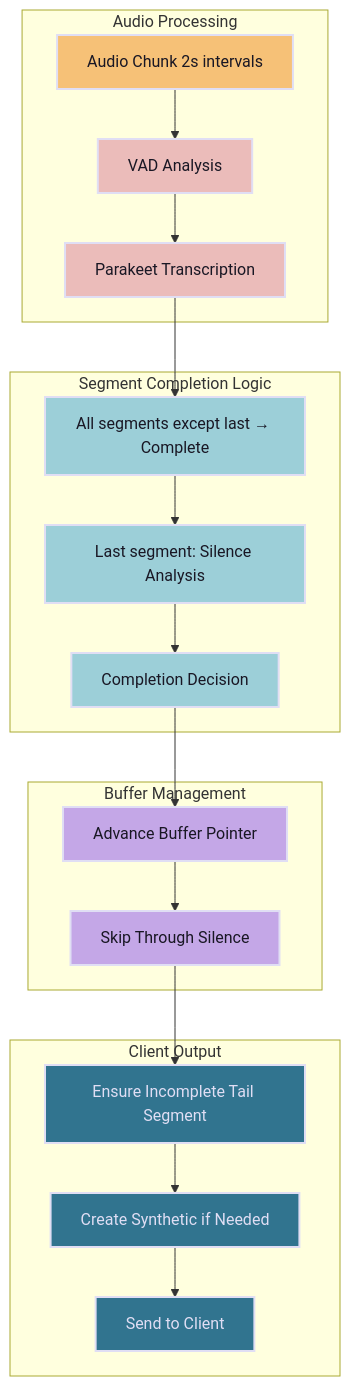
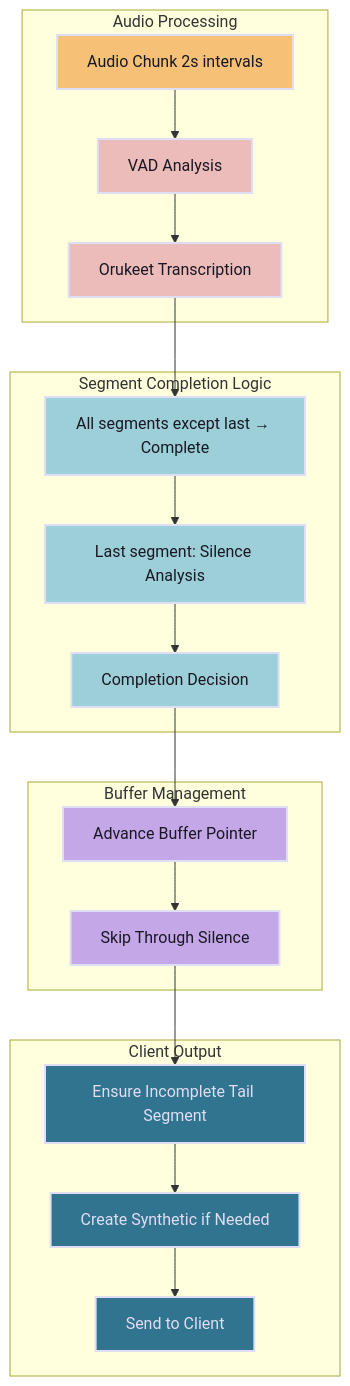
The seventh of 7 diagrams in ARCHITECTURE.md (shyndman/lmnop-eavesdrop), drawn with Mermaid before and after one commit. The commit also changed other lines of this file and 36 other files, not shown here.

First line of the commit message:
feat(server): replace Parakeet with CPU and Vulkan Orukeet

````diff
--- a/ARCHITECTURE.md
+++ b/ARCHITECTURE.md
@@ -326,49 +326,49 @@
 ```mermaid
 graph TD
     subgraph "Audio Processing"
         AudioChunk[Audio Chunk 2s intervals]
         VADAnalysis[VAD Analysis]
-        ParakeetTranscribe[Parakeet Transcription]
+        OrukeetTranscribe[Orukeet Transcription]
     end
     
     subgraph "Segment Completion Logic"  
         ExplicitRule[All segments except last → Complete]
         SilenceAnalysis[Last segment: Silence Analysis]
         CompletionDecision[Completion Decision]
     end
     
     subgraph "Buffer Management"
         BufferAdvancement[Advance Buffer Pointer]
         SilenceSkipping[Skip Through Silence]
     end
     
     subgraph "Client Output"
         InvariantCheck[Ensure Incomplete Tail Segment]
         SyntheticSegment[Create Synthetic if Needed]
         SendToClient[Send to Client]
     end
     
     AudioChunk --> VADAnalysis
-    VADAnalysis --> ParakeetTranscribe
-    ParakeetTranscribe --> ExplicitRule
+    VADAnalysis --> OrukeetTranscribe
+    OrukeetTranscribe --> ExplicitRule
     ExplicitRule --> SilenceAnalysis
     SilenceAnalysis --> CompletionDecision
     CompletionDecision --> BufferAdvancement
     BufferAdvancement --> SilenceSkipping
     SilenceSkipping --> InvariantCheck
     InvariantCheck --> SyntheticSegment
     SyntheticSegment --> SendToClient
     
     %% Rose Pine color scheme
     style AudioChunk fill:#f6c177,stroke:#e0def4,stroke-width:2px,color:#191724
     style VADAnalysis fill:#ebbcba,stroke:#e0def4,stroke-width:2px,color:#191724
-    style ParakeetTranscribe fill:#ebbcba,stroke:#e0def4,stroke-width:2px,color:#191724
+    style OrukeetTranscribe fill:#ebbcba,stroke:#e0def4,stroke-width:2px,color:#191724
     style ExplicitRule fill:#9ccfd8,stroke:#e0def4,stroke-width:2px,color:#191724
     style SilenceAnalysis fill:#9ccfd8,stroke:#e0def4,stroke-width:2px,color:#191724
     style CompletionDecision fill:#9ccfd8,stroke:#e0def4,stroke-width:2px,color:#191724
     style BufferAdvancement fill:#c4a7e7,stroke:#e0def4,stroke-width:2px,color:#191724
     style SilenceSkipping fill:#c4a7e7,stroke:#e0def4,stroke-width:2px,color:#191724
     style InvariantCheck fill:#31748f,stroke:#e0def4,stroke-width:2px,color:#e0def4
     style SyntheticSegment fill:#31748f,stroke:#e0def4,stroke-width:2px,color:#e0def4
     style SendToClient fill:#31748f,stroke:#e0def4,stroke-width:2px,color:#e0def4
 ```
````
